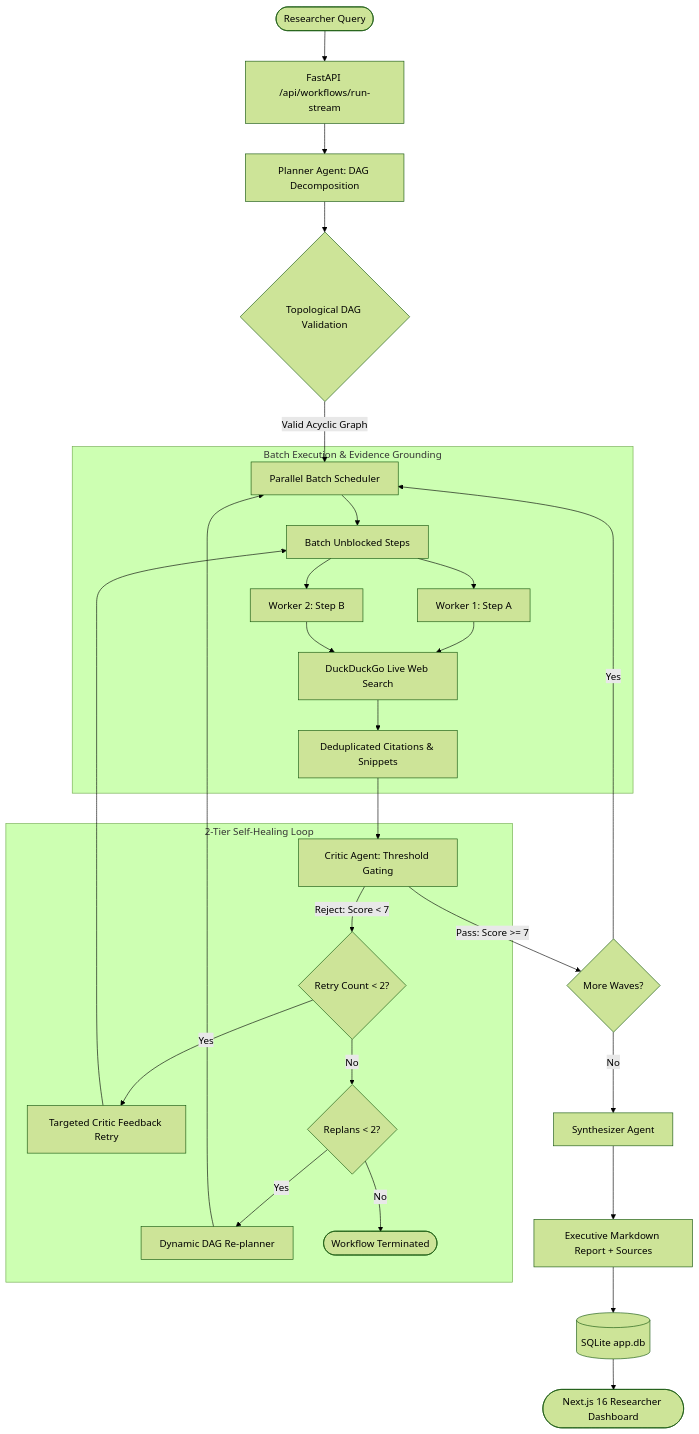
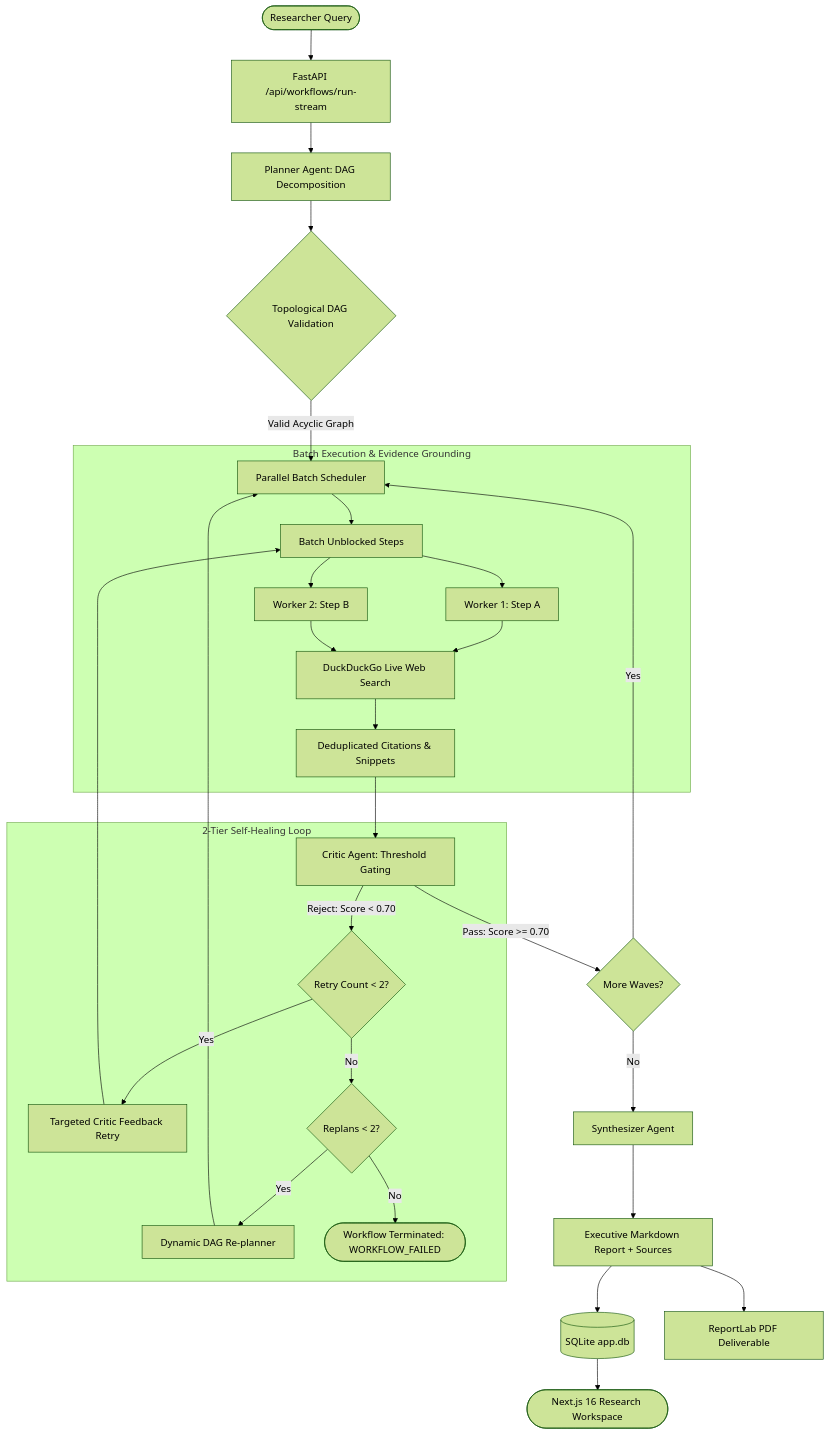
Before and after one commit to ASHUTOSH-SHUKLAA/Planner-Executor-Critic-Multi-Agent-System: the diagram in README.md, drawn with Mermaid (forest theme). The commit also changed other lines of this file and 3 other files, not shown here.

Commit message:
docs: update system architecture, comprehensive PRD v2.0, and project documentation

````diff
--- a/README.md
+++ b/README.md
@@ -31,35 +33,36 @@
 ```mermaid
 flowchart TD
     User([Researcher Query]) --> API[FastAPI /api/workflows/run-stream]
     API --> Planner[Planner Agent: DAG Decomposition]
     Planner --> ValidateDAG{Topological DAG Validation}
     ValidateDAG -- Valid Acyclic Graph --> WaveScheduler[Parallel Batch Scheduler]
 
     subgraph Batch Execution & Evidence Grounding
         WaveScheduler --> Batch[Batch Unblocked Steps]
         Batch --> Exec1[Worker 1: Step A]
         Batch --> Exec2[Worker 2: Step B]
         Exec1 & Exec2 --> SearchTool[DuckDuckGo Live Web Search]
         SearchTool --> Evidence[Deduplicated Citations & Snippets]
     end
 
     Evidence --> Critic[Critic Agent: Threshold Gating]
 
     subgraph 2-Tier Self-Healing Loop
-        Critic -- Reject: Score < 7 --> RetryCheck{Retry Count < 2?}
+        Critic -- Reject: Score < 0.70 --> RetryCheck{Retry Count < 2?}
         RetryCheck -- Yes --> TargetedFeedback[Targeted Critic Feedback Retry]
         TargetedFeedback --> Batch
         RetryCheck -- No --> ReplanCheck{Replans < 2?}
         ReplanCheck -- Yes --> Replanner[Dynamic DAG Re-planner]
         Replanner --> WaveScheduler
-        ReplanCheck -- No --> Fail([Workflow Terminated])
+        ReplanCheck -- No --> Fail([Workflow Terminated: WORKFLOW_FAILED])
     end
 
-    Critic -- Pass: Score >= 7 --> NextWave{More Waves?}
+    Critic -- Pass: Score >= 0.70 --> NextWave{More Waves?}
     NextWave -- Yes --> WaveScheduler
     NextWave -- No --> Synthesizer[Synthesizer Agent]
 
     Synthesizer --> Report[Executive Markdown Report + Sources]
     Report --> Persist[(SQLite app.db)]
-    Persist --> UI([Next.js 16 Researcher Dashboard])
+    Persist --> UI([Next.js 16 Research Workspace])
+    Report --> PDFExport[ReportLab PDF Deliverable]
 ```
````
